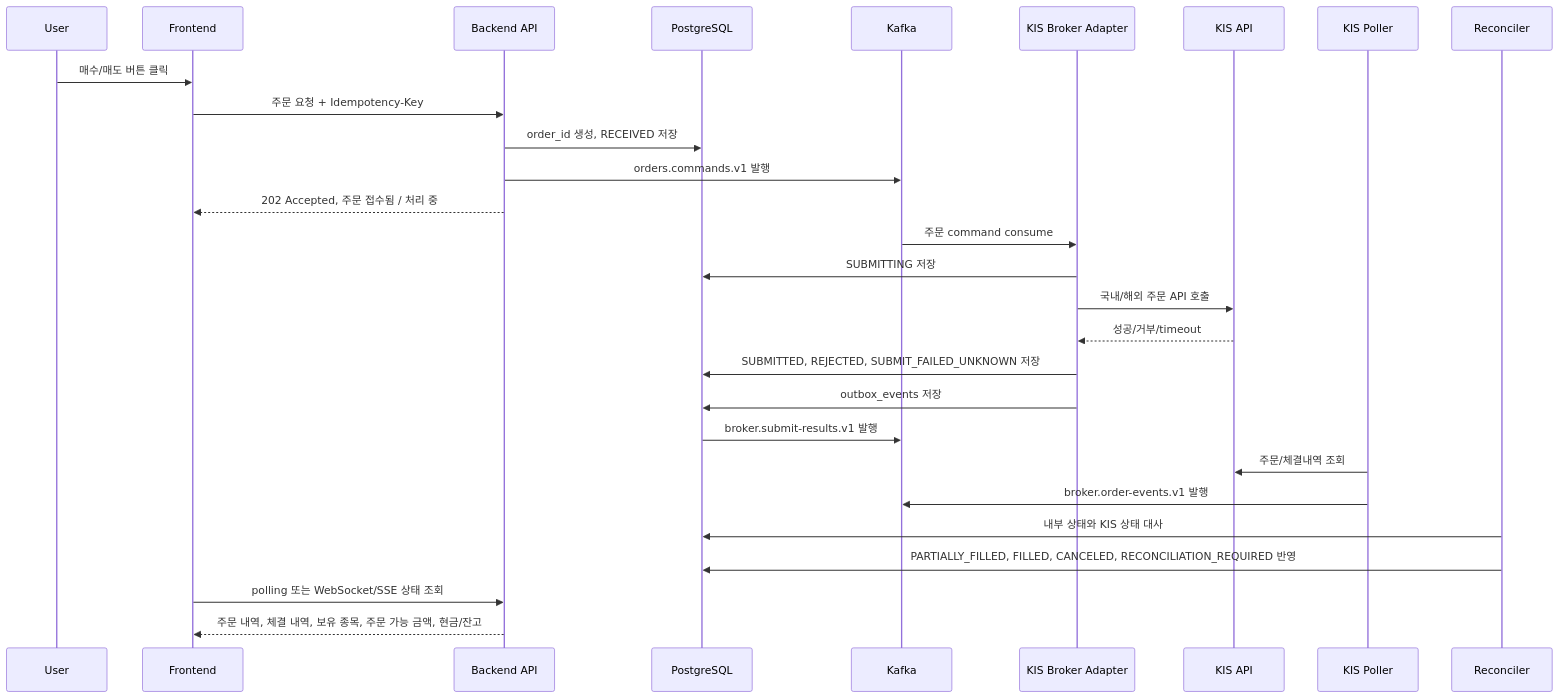
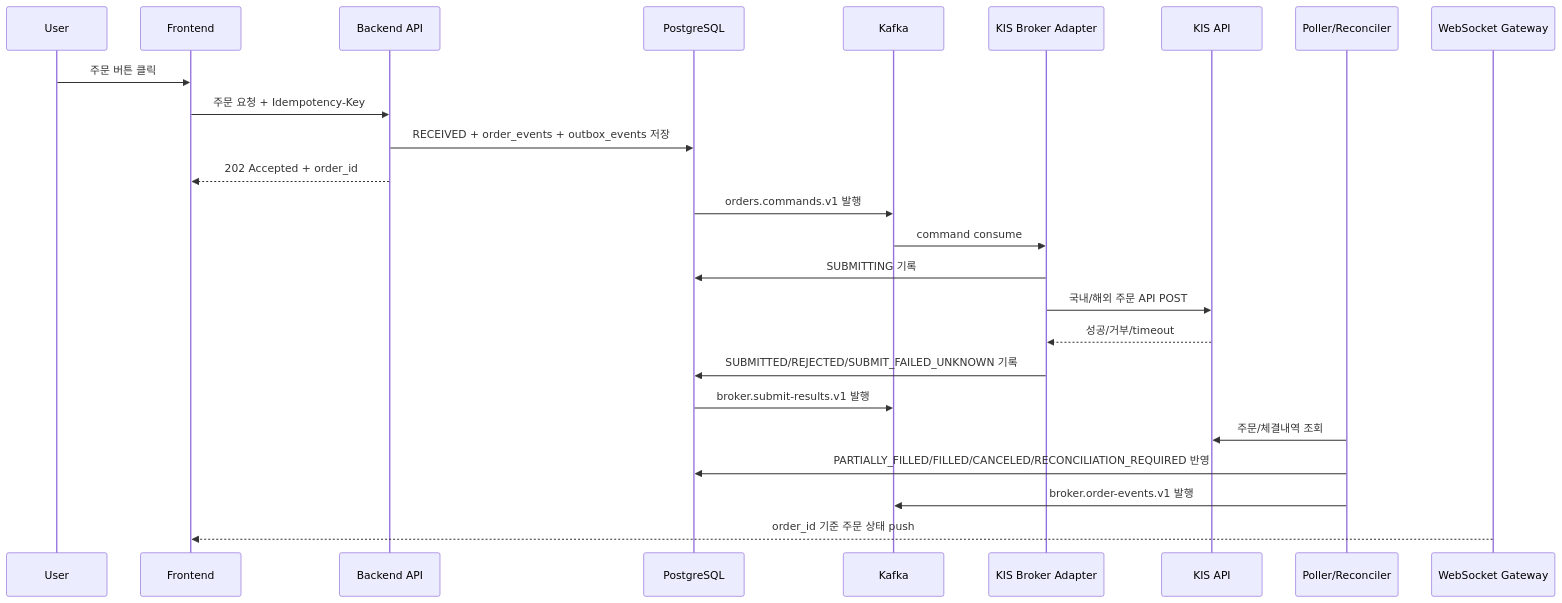
One commit to seunglee10/GOPS-BE changed the diagram in docs/security-reliability-milestones.md. Above: the diagram before and after it, drawn with Mermaid. The commit also changed other lines of this file and 5 other files, not shown here.

````diff
--- a/docs/security-reliability-milestones.md
+++ b/docs/security-reliability-milestones.md
@@ -28,31 +24,28 @@
 ```mermaid
 sequenceDiagram
-    participant U as User
-    participant FE as Frontend
-    participant BE as Backend API
-    participant DB as PostgreSQL
-    participant K as Kafka
-    participant A as KIS Broker Adapter
-    participant KIS as KIS API
-    participant P as KIS Poller
-    participant R as Reconciler
+  participant U as User
+  participant FE as Frontend
+  participant API as Backend API
+  participant DB as PostgreSQL
+  participant K as Kafka
+  participant A as KIS Broker Adapter
+  participant KIS as KIS API
+  participant P as Poller/Reconciler
+  participant W as WebSocket Gateway
 
-    U->>FE: 매수/매도 버튼 클릭
-    FE->>BE: 주문 요청 + Idempotency-Key
-    BE->>DB: order_id 생성, RECEIVED 저장
-    BE->>K: orders.commands.v1 발행
-    BE-->>FE: 202 Accepted, 주문 접수됨 / 처리 중
-    K->>A: 주문 command consume
-    A->>DB: SUBMITTING 저장
-    A->>KIS: 국내/해외 주문 API 호출
-    KIS-->>A: 성공/거부/timeout
-    A->>DB: SUBMITTED, REJECTED, SUBMIT_FAILED_UNKNOWN 저장
-    A->>DB: outbox_events 저장
-    DB->>K: broker.submit-results.v1 발행
-    P->>KIS: 주문/체결내역 조회
-    P->>K: broker.order-events.v1 발행
-    R->>DB: 내부 상태와 KIS 상태 대사
-    R->>DB: PARTIALLY_FILLED, FILLED, CANCELED, RECONCILIATION_REQUIRED 반영
-    FE->>BE: polling 또는 WebSocket/SSE 상태 조회
-    BE-->>FE: 주문 내역, 체결 내역, 보유 종목, 주문 가능 금액, 현금/잔고
+  U->>FE: 주문 버튼 클릭
+  FE->>API: 주문 요청 + Idempotency-Key
+  API->>DB: RECEIVED + order_events + outbox_events 저장
+  API-->>FE: 202 Accepted + order_id
+  DB->>K: orders.commands.v1 발행
+  K->>A: command consume
+  A->>DB: SUBMITTING 기록
+  A->>KIS: 국내/해외 주문 API POST
+  KIS-->>A: 성공/거부/timeout
+  A->>DB: SUBMITTED/REJECTED/SUBMIT_FAILED_UNKNOWN 기록
+  DB->>K: broker.submit-results.v1 발행
+  P->>KIS: 주문/체결내역 조회
+  P->>DB: PARTIALLY_FILLED/FILLED/CANCELED/RECONCILIATION_REQUIRED 반영
+  P->>K: broker.order-events.v1 발행
+  W-->>FE: order_id 기준 주문 상태 push
 ```
````
